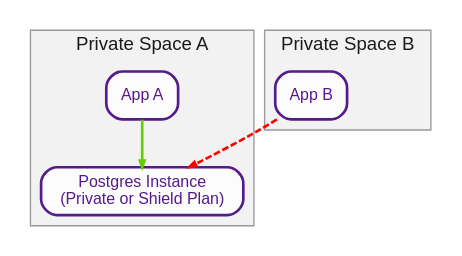
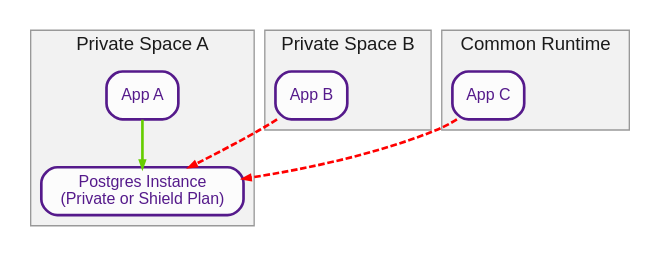
The diagram in example.dot (caseywatts/graphviz-tutorial), drawn with Graphviz before and after one commit. The commit also changed 1 other file, not shown here.

Commit message:
fleshing out the example more, we want another type of app to show up.

```diff
--- a/example.dot
+++ b/example.dot
@@ -1,19 +1,24 @@
 digraph G {
     ///// start Heroku styles
     graph [fontname="helvetica",fontsize=14,splines=true,pad=0.1,compound=true,color="grey60",fontcolor="grey10",fillcolor=grey95,style="filled"];
     node [fontname="helvetica",fontsize=12,color=purple4,shape=box,style="rounded, filled",fontcolor=purple4,fillcolor=grey99,penwidth=2];
     edge [fontname="helvetica",color=grey35,fontcolor=black,arrowhead="normal",penwidth=2,arrowsize=0.5];
     ///// end Heroku styles
 
     subgraph cluster1 {
       label="Private Space A"
       "App A"
       "Postgres Instance\n(Private or Shield Plan)"
     }
     subgraph cluster2 {
       label="Private Space B"
       "App B"
     }
+    subgraph cluster3 {
+      label="Common Runtime"
+      "App C"
+    }
     "App A" -> "Postgres Instance\n(Private or Shield Plan)" [color=chartreuse3]
     "App B" -> "Postgres Instance\n(Private or Shield Plan)" [color=red, style=dashed]
+    "App C" -> "Postgres Instance\n(Private or Shield Plan)" [color=red, style=dashed]
 }
```
